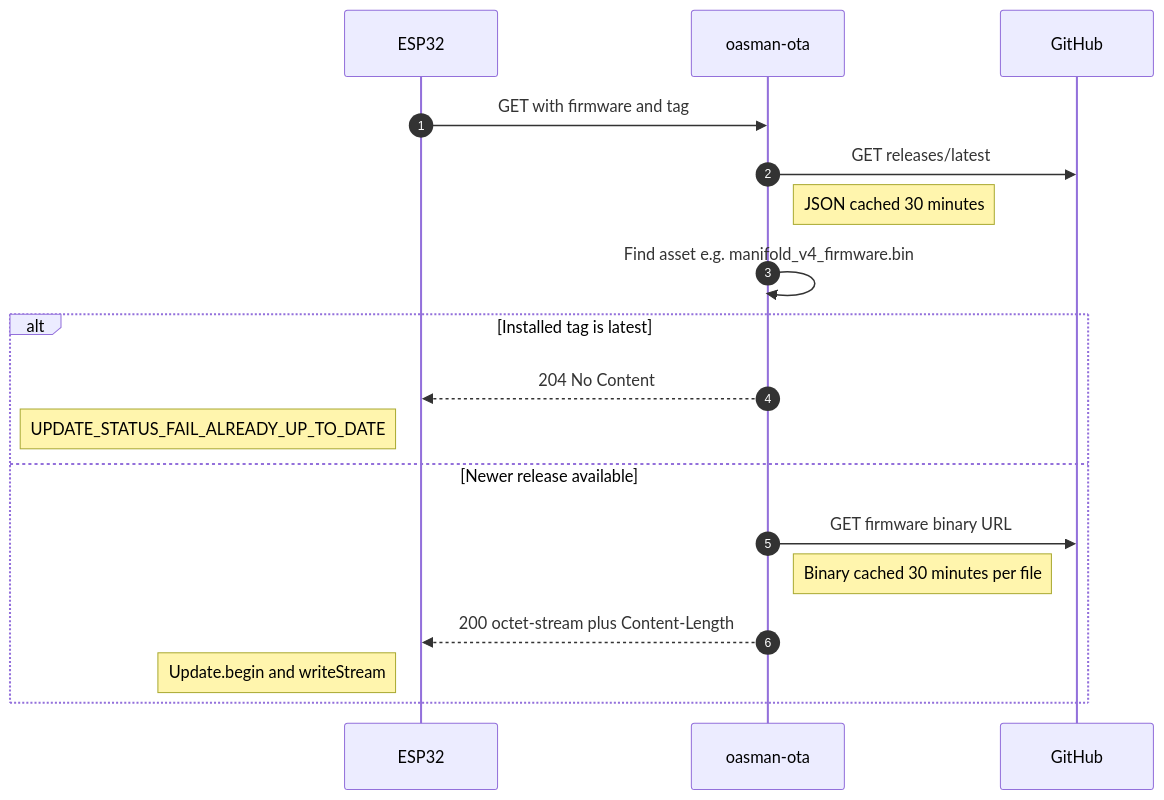
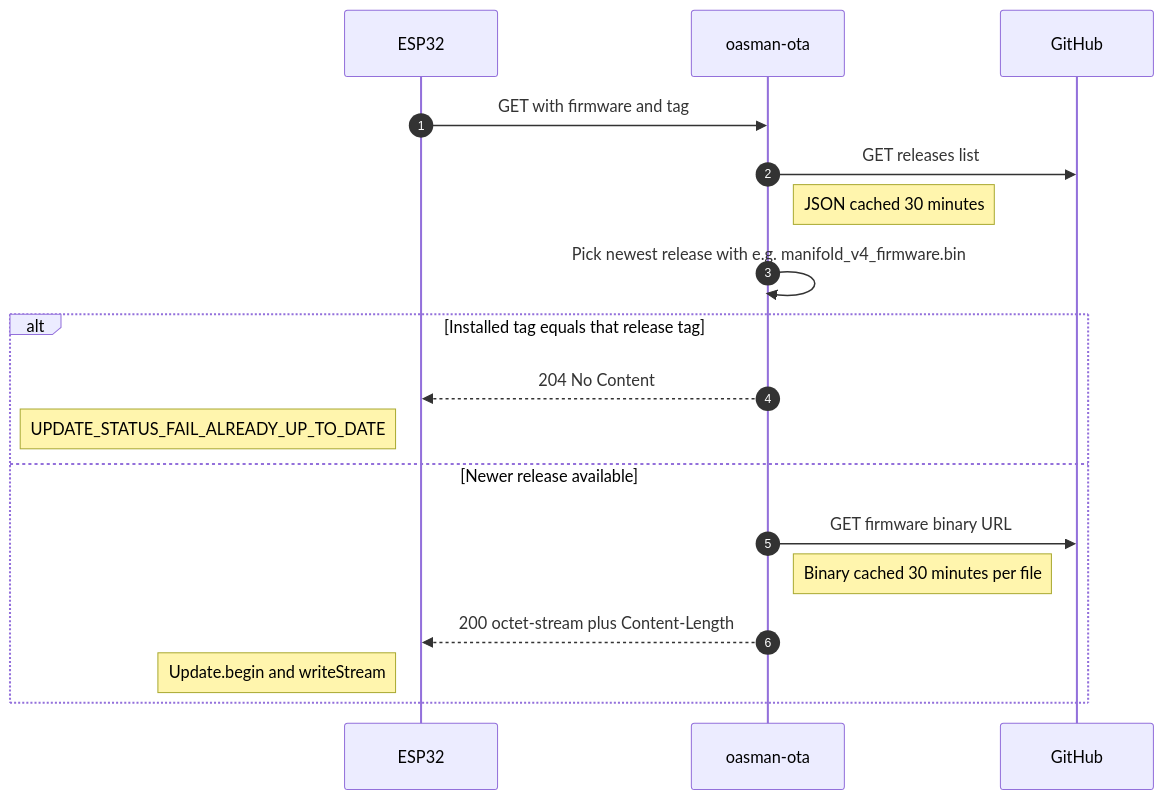
Before and after one commit to gopro2027/ArduinoAirSuspensionController: the second of 2 diagrams in ESP32_SHARED_LIBS/src/oasman-ota_flowchart.md, drawn with Mermaid. The commit also changed other lines of this file and 1 other file, not shown here.

Commit message:
Updated oasman-ota_worker to get recent releases instead of only the latest

````diff
--- a/ESP32_SHARED_LIBS/src/oasman-ota_flowchart.md
+++ b/ESP32_SHARED_LIBS/src/oasman-ota_flowchart.md
@@ -62,23 +64,23 @@
 ```mermaid
 sequenceDiagram
     autonumber
     participant ESP as ESP32
     participant OTA as oasman-ota
     participant GH as GitHub
 
     ESP->>OTA: GET with firmware and tag
-    OTA->>GH: GET releases/latest
+    OTA->>GH: GET releases list
     Note right of OTA: JSON cached 30 minutes
 
-    OTA->>OTA: Find asset e.g. manifold_v4_firmware.bin
+    OTA->>OTA: Pick newest release with e.g. manifold_v4_firmware.bin
 
-    alt Installed tag is latest
+    alt Installed tag equals that release tag
         OTA-->>ESP: 204 No Content
         Note left of ESP: UPDATE_STATUS_FAIL_ALREADY_UP_TO_DATE
     else Newer release available
         OTA->>GH: GET firmware binary URL
         Note right of OTA: Binary cached 30 minutes per file
         OTA-->>ESP: 200 octet-stream plus Content-Length
         Note left of ESP: Update.begin and writeStream
     end
 ```
````
